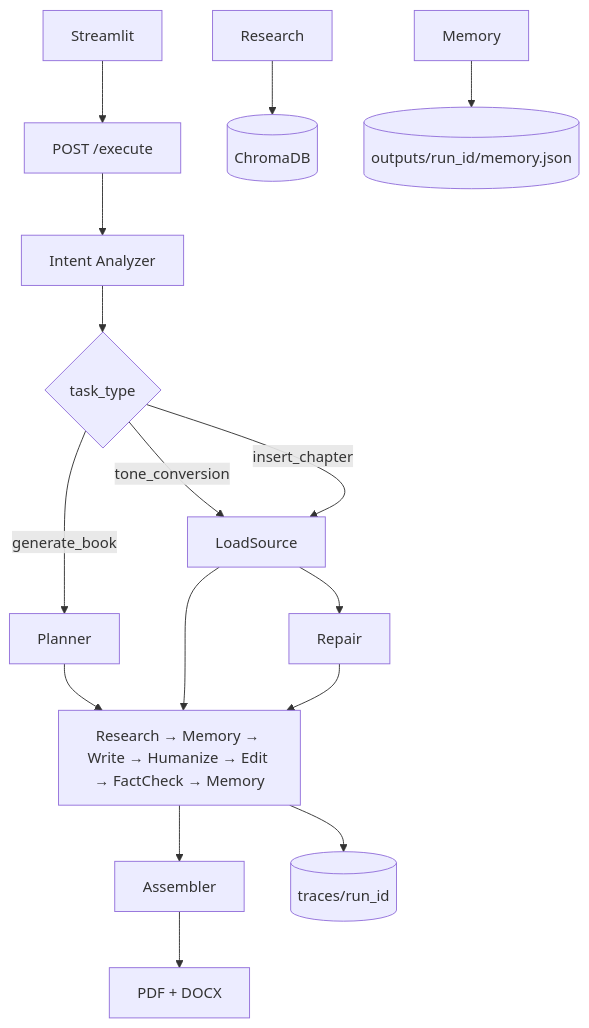
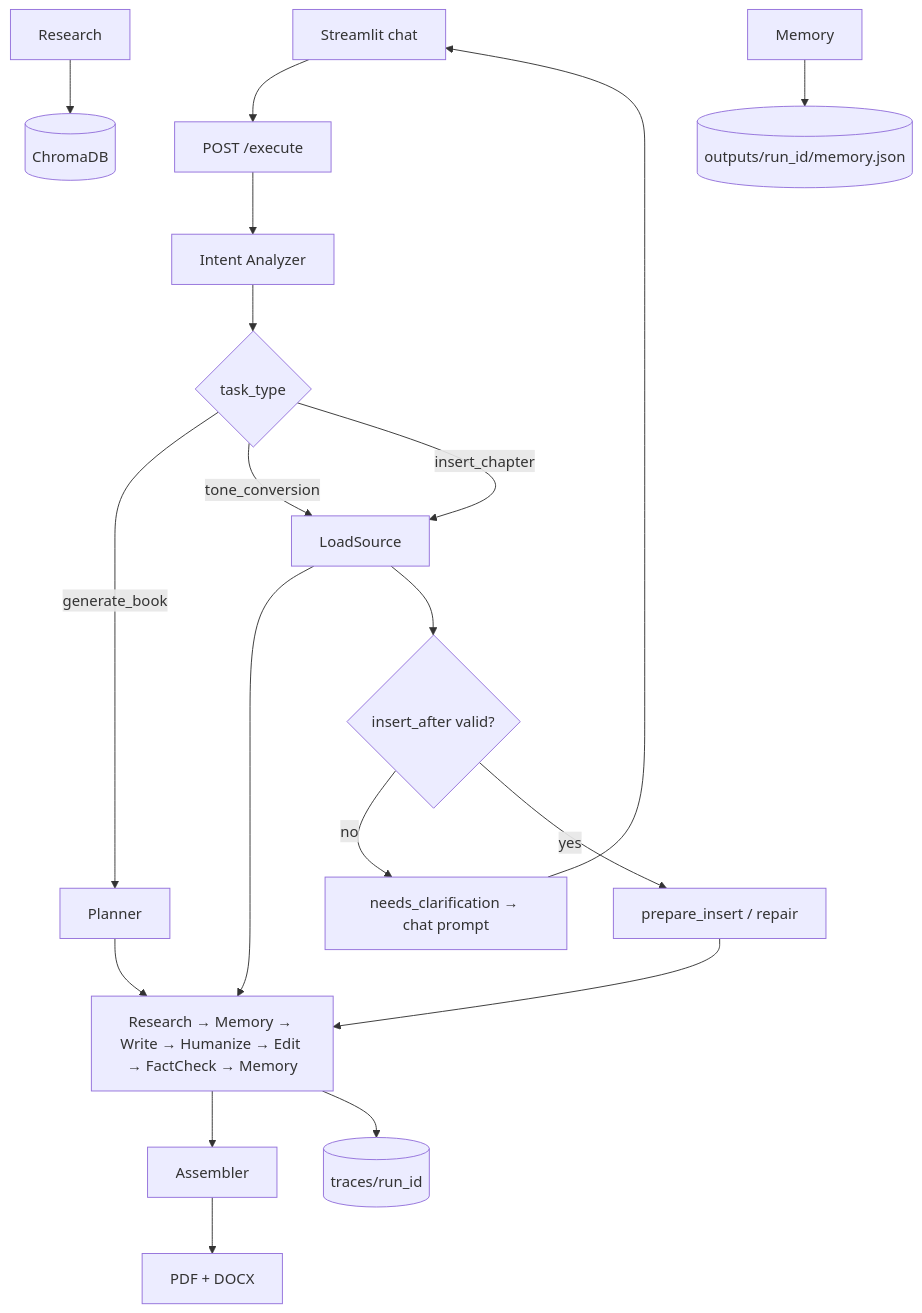
Before and after one commit to Rv0403/AIuthor: the diagram in docs/architecture.md, drawn with Mermaid. The commit also changed other lines of this file and 26 other files, not shown here.

````diff
--- a/docs/architecture.md
+++ b/docs/architecture.md
@@ -5,15 +5,18 @@
 ```mermaid
 flowchart TB
-    UI[Streamlit] --> API[POST /execute]
+    UI[Streamlit chat] --> API[POST /execute]
     API --> Intent[Intent Analyzer]
     Intent --> Router{task_type}
     Router -->|generate_book| Planner --> ChapterLoop
     Router -->|tone_conversion| LoadSource --> ChapterLoop
-    Router -->|insert_chapter| LoadSource --> Repair --> ChapterLoop
+    Router -->|insert_chapter| LoadSource --> Valid{insert_after valid?}
+    Valid -->|no| Clarify[needs_clarification → chat prompt]
+    Clarify --> UI
+    Valid -->|yes| Repair[prepare_insert / repair] --> ChapterLoop
   ChapterLoop[Research → Memory → Write → Humanize → Edit → FactCheck → Memory]
     ChapterLoop --> Assembler
     Assembler --> Export[PDF + DOCX]
     ChapterLoop --> Traces[(traces/run_id)]
     Research --> Chroma[(ChromaDB)]
     Memory --> JSON[(outputs/run_id/memory.json)]
 ```
````
